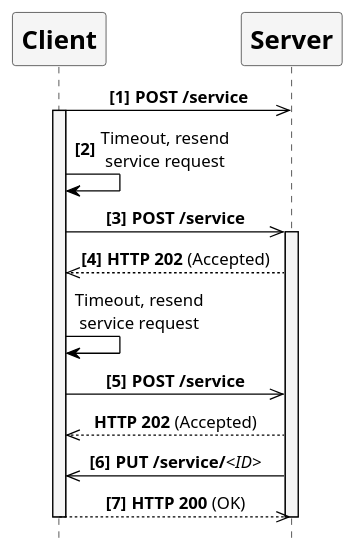
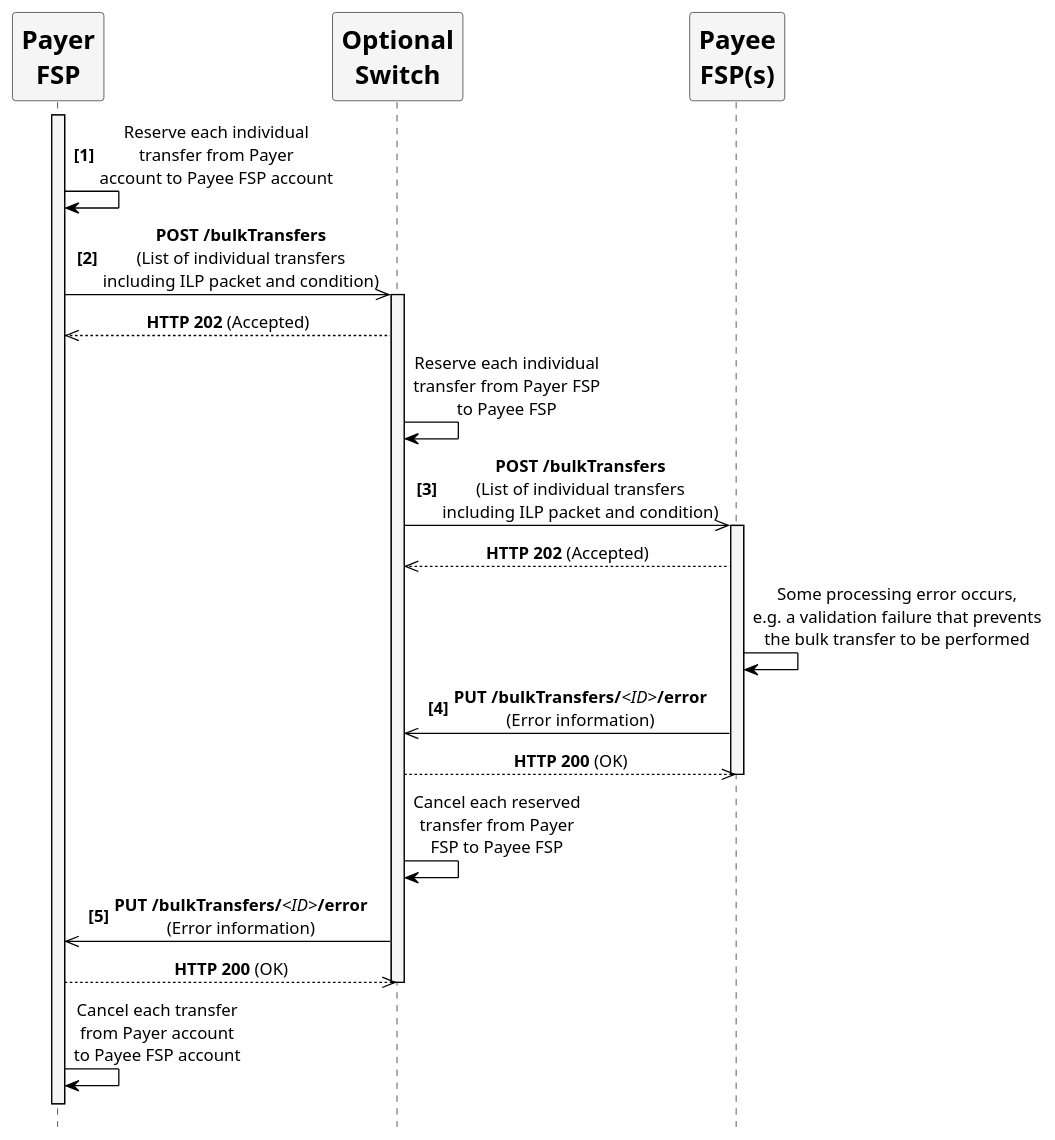
One commit to mojaloop/documentation changed the diagram in docs/api/assets/diagrams/sequence/figure71.plantuml. Above: the diagram before and after it, drawn with PlantUML. The commit also changed 16 other files, not shown here.

Commit message:
New sequence diagrams

```diff
--- a/docs/api/assets/diagrams/sequence/figure71.plantuml
+++ b/docs/api/assets/diagrams/sequence/figure71.plantuml
@@ -24,47 +24,58 @@
 @startuml
 
 ' declaring skinparam
 skinparam sequenceMessageAlign center
 skinparam shadowing false
 skinparam defaultFontName Verdana
 skinparam monochrome true
 skinparam SequenceLifeLineBackgroundColor WhiteSmoke
 skinparam SequenceLifeLineBorderColor Black
 skinparam ParticipantFontStyle Bold
 skinparam ParticipantFontSize 20
 skinparam ParticipantBackgroundColor WhiteSmoke
 skinparam ArrowColor Black
 
 hide footbox
 
 ' declare title
-' title Error handling from client using resend of request
+' title Handling of error callback from API Service /bulkTransfers
 
 ' Actor Keys:
-' participant - Client and Server
+' participant - FSP(Payer/Payee) and Switch
 
 
 ' declare actors
-participant "Client" as client
-participant "Server" as server
+participant "Payer\nFSP" as PayerFSP
+participant "Optional\nSwitch" as Switch
+participant "Payee\nFSP(s)" as PayeeFSP
 
 ' start flow
 autonumber 1 1 "<b>[0]"
-client ->> server: **POST /service**
-activate client
-client -> client: Timeout, resend\nservice request
-client ->> server: **POST /service**
-activate server
-client <<-- server: **HTTP 202** (Accepted)
+activate PayerFSP
+PayerFSP -> PayerFSP: Reserve each individual\ntransfer from Payer\naccount to Payee FSP account
+PayerFSP ->> Switch: **POST /bulkTransfers**\n(List of individual transfers\nincluding ILP packet and condition)
+activate Switch
 autonumber stop
-client -> client: Timeout, resend\nservice request
+PayerFSP <<-- Switch: **HTTP 202** (Accepted)
+Switch -> Switch: Reserve each individual\ntransfer from Payer FSP\nto Payee FSP
 autonumber resume
-client ->> server: **POST /service**
+Switch ->> PayeeFSP: **POST /bulkTransfers**\n(List of individual transfers\nincluding ILP packet and condition)
+activate PayeeFSP
 autonumber stop
-client <<-- server: **HTTP 202** (Accepted)
+Switch <<-- PayeeFSP: **HTTP 202** (Accepted)
+PayeeFSP -> PayeeFSP: Some processing error occurs,\ne.g. a validation failure that prevents\nthe bulk transfer to be performed
 autonumber resume
-client <<- server: **PUT /service/**<i><ID></i>
-client -->> server: **HTTP 200** (OK)
-deactivate server
-deactivate client
+Switch <<- PayeeFSP: **PUT /bulkTransfers/**<i><ID></i>**/error**\n(Error information)
+autonumber stop
+Switch -->> PayeeFSP: **HTTP 200** (OK)
+deactivate PayeeFSP
+Switch -> Switch: Cancel each reserved\ntransfer from Payer\nFSP to Payee FSP
+autonumber resume
+PayerFSP <<- Switch: **PUT /bulkTransfers/**<i><ID></i>**/error**\n(Error information)
+autonumber stop
+PayerFSP -->> Switch: **HTTP 200** (OK)
+deactivate Switch
+PayerFSP -> PayerFSP: Cancel each transfer\nfrom Payer account\nto Payee FSP account
+PayerFSP -[hidden]> Switch
+deactivate PayerFSP
 @enduml
```
